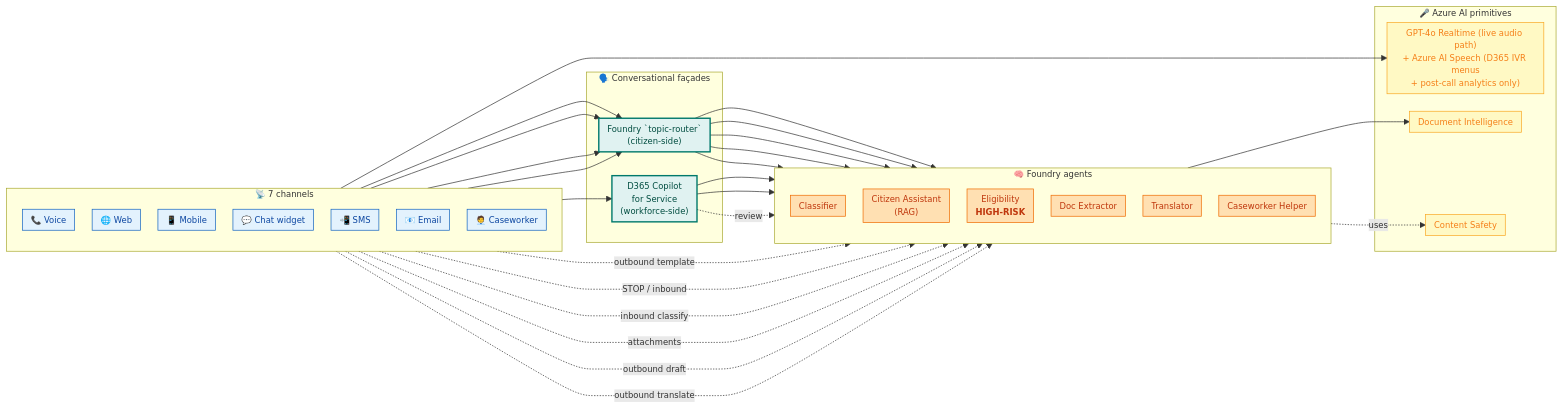
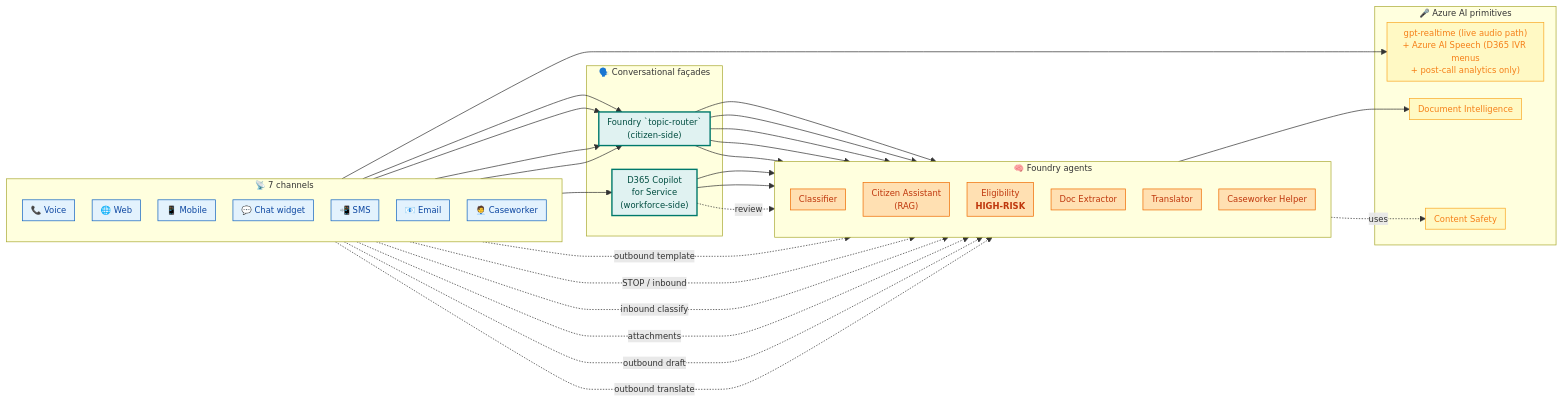
The fourth of 6 diagrams in docs/biz/ai.md (fredgis/UDCSP), drawn with Mermaid before and after one commit. The commit also changed other lines of this file and 9 other files, not shown here.

First line of the commit message:
docs: standardise on 'gpt-realtime' (drop 'GPT-4o Realtime' branding)

````diff
--- a/docs/biz/ai.md
+++ b/docs/biz/ai.md
@@ -423,71 +423,71 @@
 ```mermaid
 %%{ init: { 'flowchart': { 'nodeSpacing': 25, 'rankSpacing': 35, 'padding': 6 }, 'themeVariables': { 'fontSize': '12px' } } }%%
 flowchart LR
     subgraph CHANNELS["📡 7 channels"]
         direction TB
         VOX["📞 Voice"]
         WEB["🌐 Web"]
         MOB["📱 Mobile"]
         CHT["💬 Chat widget"]
         SMS["📲 SMS"]
         EMA["📧 Email"]
         CWK["🧑‍💼 Caseworker"]
     end
 
     subgraph FACADE["🗣️ Conversational façades"]
         CS["Foundry `topic-router`<br/>(citizen-side)"]
         D365CS["D365 Copilot<br/>for Service<br/>(workforce-side)"]
     end
 
     subgraph BRAIN["🧠 Foundry agents"]
         direction TB
         CLS["Classifier"]
         AST["Citizen Assistant<br/>(RAG)"]
         ELI["Eligibility<br/><b>HIGH-RISK</b>"]
         DOC["Doc Extractor"]
         TRA["Translator"]
         CWH["Caseworker Helper"]
     end
 
     subgraph AIPRIM["🎤 Azure AI primitives"]
-        SPK["GPT-4o Realtime (live audio path)<br/>+ Azure AI Speech (D365 IVR menus<br/>+ post-call analytics only)"]
+        SPK["gpt-realtime (live audio path)<br/>+ Azure AI Speech (D365 IVR menus<br/>+ post-call analytics only)"]
         DI["Document Intelligence"]
         SAFE["Content Safety"]
     end
 
     VOX --> SPK
     VOX --> CS
     WEB --> CS
     MOB --> CS
     CHT --> CS
     CS --> CLS
     CS --> AST
     CS --> ELI
     CS --> DOC
     CS --> TRA
 
     SMS -. "outbound template" .-> TRA
     SMS -. "STOP / inbound" .-> CLS
     EMA -. "inbound classify" .-> CLS
     EMA -. "attachments" .-> DOC
     EMA -. "outbound draft" .-> CWH
     EMA -. "outbound translate" .-> TRA
 
     CWK --> D365CS
     D365CS --> CWH
     D365CS --> TRA
     D365CS -. "review" .-> ELI
 
     BRAIN -. "uses" .-> SAFE
     DOC --> DI
 
     classDef chan fill:#E3F2FD,stroke:#1565C0,color:#0D47A1
     classDef facade fill:#E0F2F1,stroke:#00796B,color:#004D40,stroke-width:2px
     classDef brain fill:#FFE0B2,stroke:#EF6C00,color:#BF360C
     classDef prim fill:#FFF9C4,stroke:#F9A825,color:#F57F17
 
     class VOX,WEB,MOB,CHT,SMS,EMA,CWK chan
     class CS,D365CS facade
     class CLS,AST,ELI,DOC,TRA,CWH brain
     class SPK,DI,SAFE prim
 ```
````
